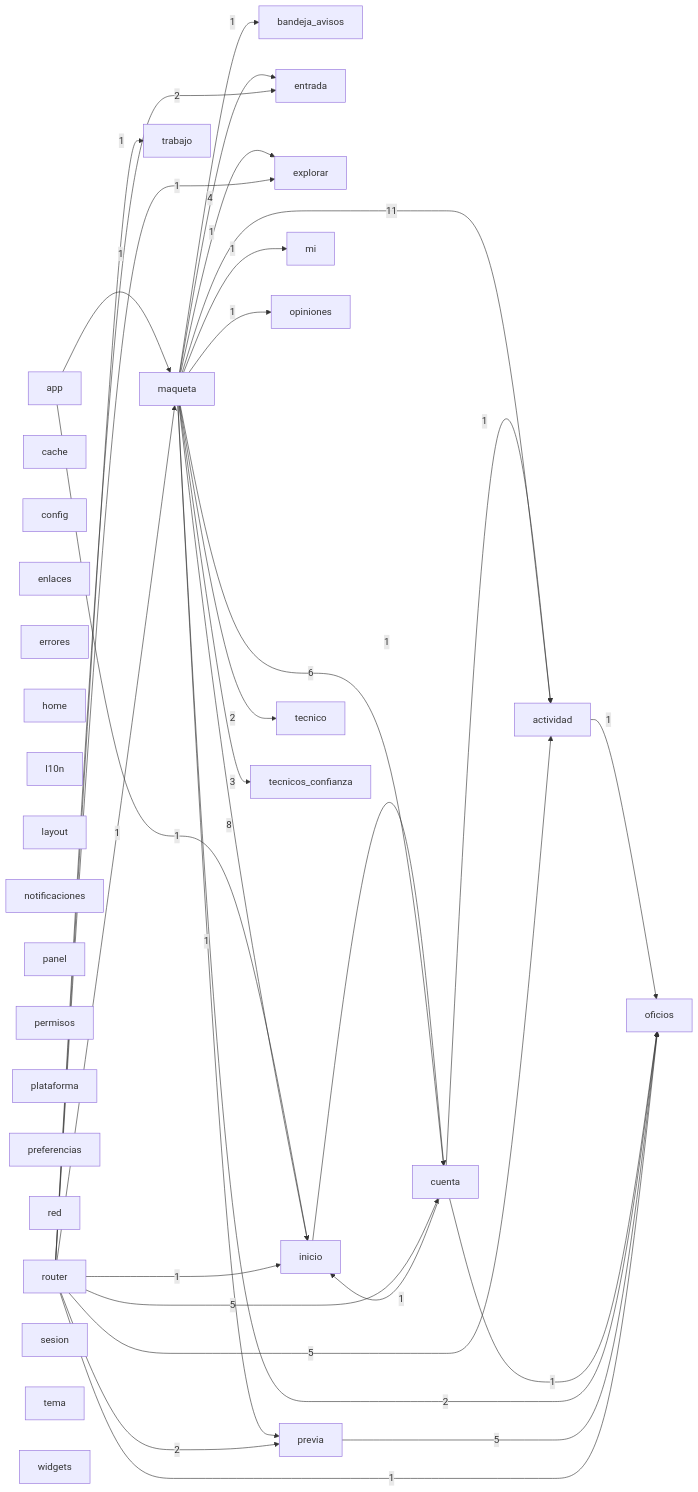
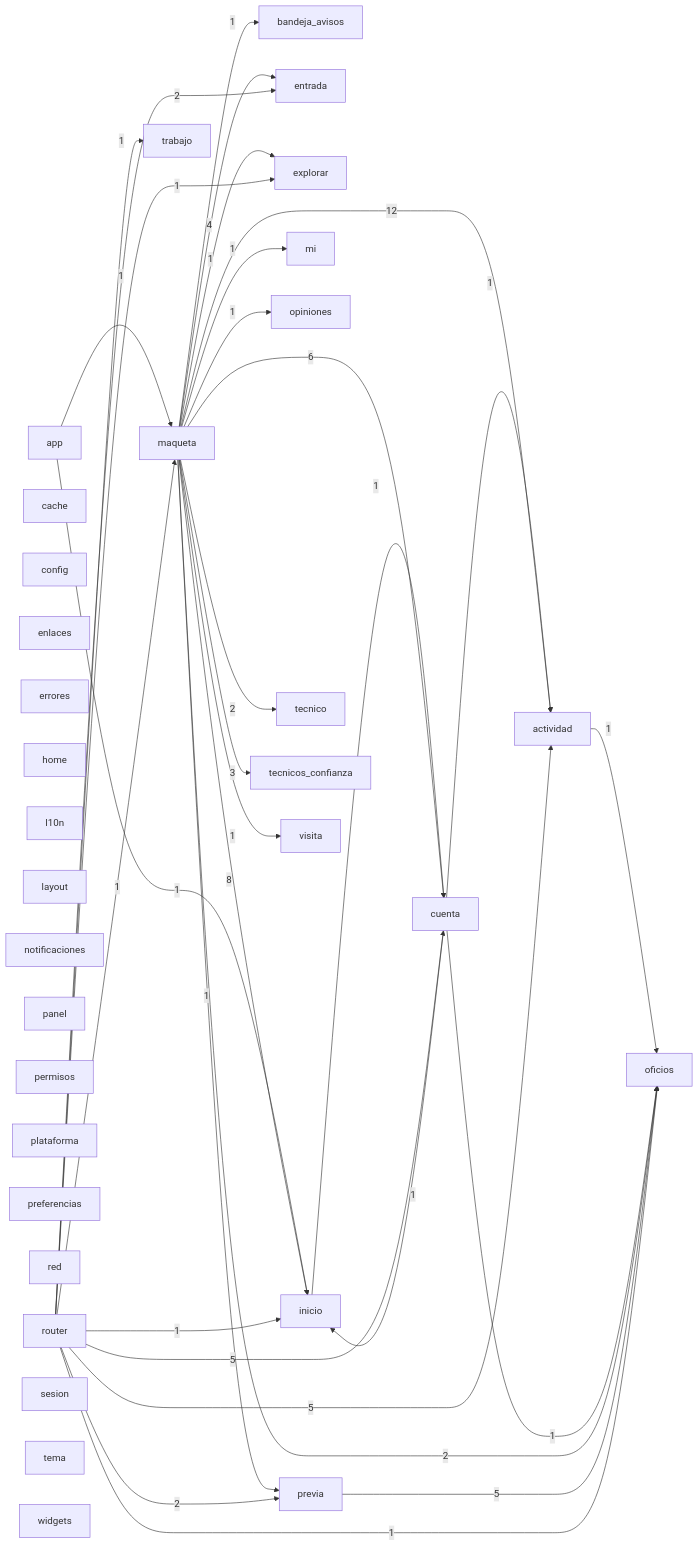
One commit to Tensei-Devs/knock-frontend changed the diagram in docs/architecture/modules.mmd. Above: the diagram before and after it, drawn with Mermaid. The commit also changed 19 other files, not shown here.

```diff
--- a/docs/architecture/modules.mmd
+++ b/docs/architecture/modules.mmd
@@ -1,62 +1,64 @@
 graph LR
   actividad["actividad"]
   app["app"]
   bandeja_avisos["bandeja_avisos"]
   cache["cache"]
   config["config"]
   cuenta["cuenta"]
   enlaces["enlaces"]
   entrada["entrada"]
   errores["errores"]
   explorar["explorar"]
   home["home"]
   inicio["inicio"]
   l10n["l10n"]
   layout["layout"]
   maqueta["maqueta"]
   mi["mi"]
   notificaciones["notificaciones"]
   oficios["oficios"]
   opiniones["opiniones"]
   panel["panel"]
   permisos["permisos"]
   plataforma["plataforma"]
   preferencias["preferencias"]
   previa["previa"]
   red["red"]
   router["router"]
   sesion["sesion"]
   tecnico["tecnico"]
   tecnicos_confianza["tecnicos_confianza"]
   tema["tema"]
   trabajo["trabajo"]
+  visita["visita"]
   widgets["widgets"]
   actividad -->|1| oficios
   app -->|1| inicio
   app -->|1| maqueta
   cuenta -->|1| actividad
   cuenta -->|1| inicio
   cuenta -->|1| oficios
   inicio -->|1| cuenta
-  maqueta -->|11| actividad
+  maqueta -->|12| actividad
   maqueta -->|1| bandeja_avisos
   maqueta -->|6| cuenta
   maqueta -->|4| entrada
   maqueta -->|1| explorar
   maqueta -->|8| inicio
   maqueta -->|1| mi
   maqueta -->|2| oficios
   maqueta -->|1| opiniones
   maqueta -->|1| previa
   maqueta -->|2| tecnico
   maqueta -->|3| tecnicos_confianza
+  maqueta -->|1| visita
   previa -->|5| oficios
   router -->|5| actividad
   router -->|5| cuenta
   router -->|2| entrada
   router -->|1| explorar
   router -->|1| inicio
   router -->|1| maqueta
   router -->|1| oficios
   router -->|2| previa
   router -->|1| trabajo
```
